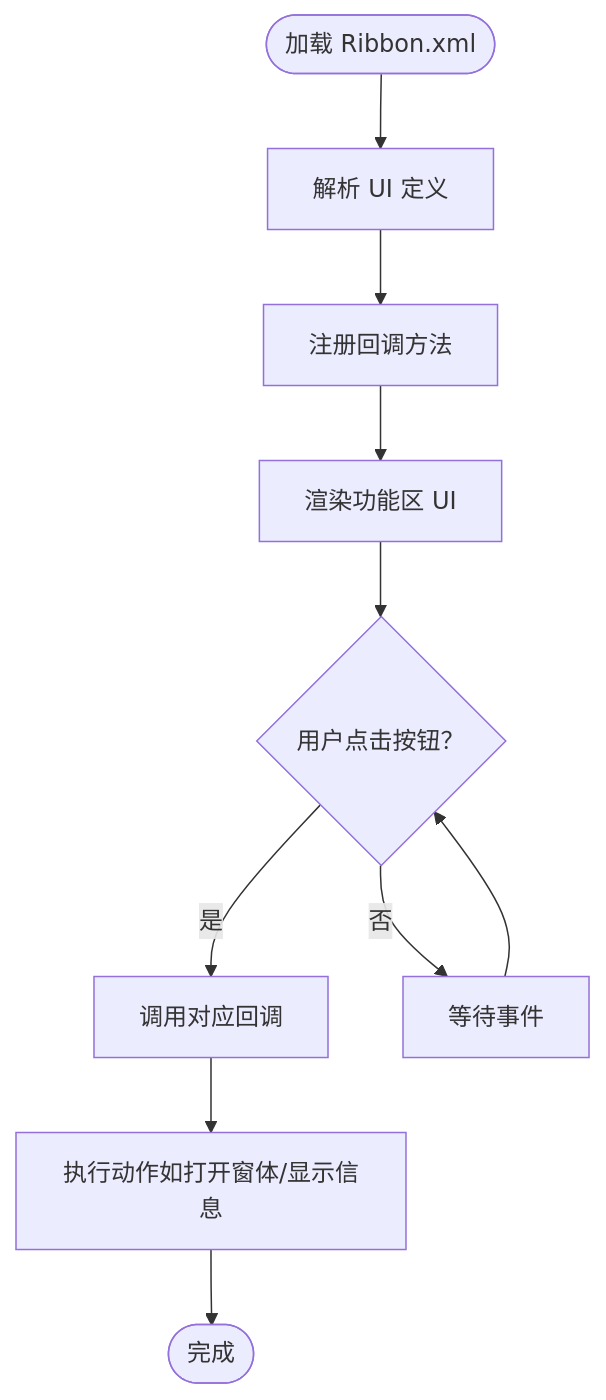
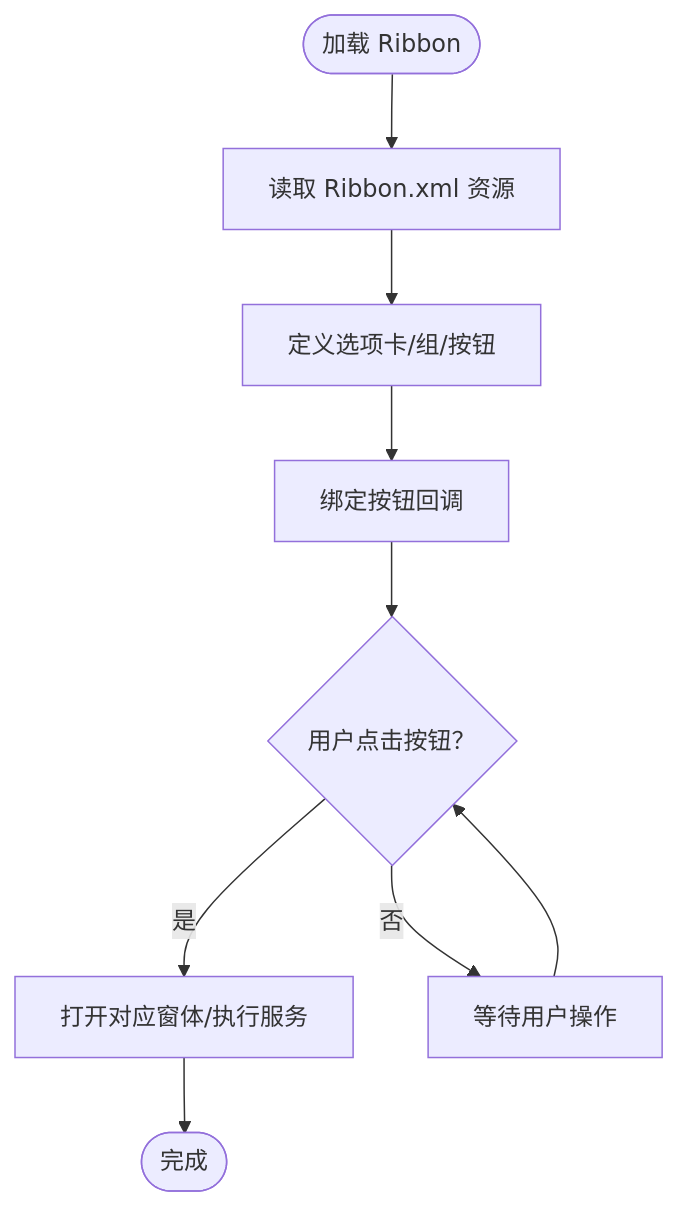
The fourth of 8 diagrams in .qoder/repowiki/zh/content/架构设计/架构设计.md (rainiva/WordTools), drawn with Mermaid before and after one commit. The commit also changed other lines of this file and 63 other files, not shown here.

First line of the commit message:
全面优化：代码质量修复、自动编号重构、插图性能优化

````diff
--- a/.qoder/repowiki/zh/content/架构设计/架构设计.md
+++ b/.qoder/repowiki/zh/content/架构设计/架构设计.md
@@ -290,12 +220,11 @@
 ```mermaid
 flowchart TD
-Start(["加载 Ribbon.xml"]) --> Parse["解析 UI 定义"]
-Parse --> Register["注册回调方法"]
-Register --> Render["渲染功能区 UI"]
-Render --> Click{"用户点击按钮？"}
-Click --> |是| Callback["调用对应回调"]
-Click --> |否| Wait["等待事件"]
-Callback --> Action["执行动作如打开窗体/显示信息"]
-Action --> End(["完成"])
-Wait --> Click
+Start(["加载 Ribbon"]) --> LoadXML["读取 Ribbon.xml 资源"]
+LoadXML --> DefineTabs["定义选项卡/组/按钮"]
+DefineTabs --> BindCallbacks["绑定按钮回调"]
+BindCallbacks --> UserClick{"用户点击按钮？"}
+UserClick --> |是| OpenForm["打开对应窗体/执行服务"]
+UserClick --> |否| Wait["等待用户操作"]
+OpenForm --> End(["完成"])
+Wait --> UserClick
 ```
````
